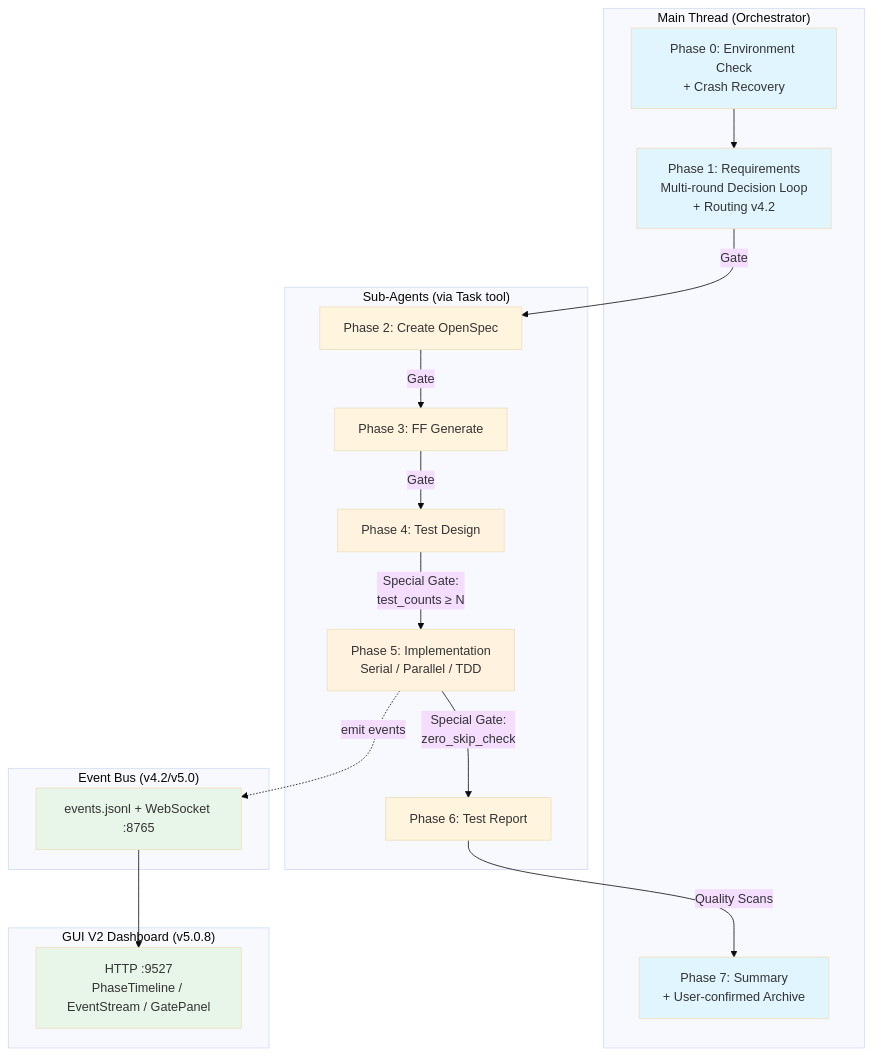
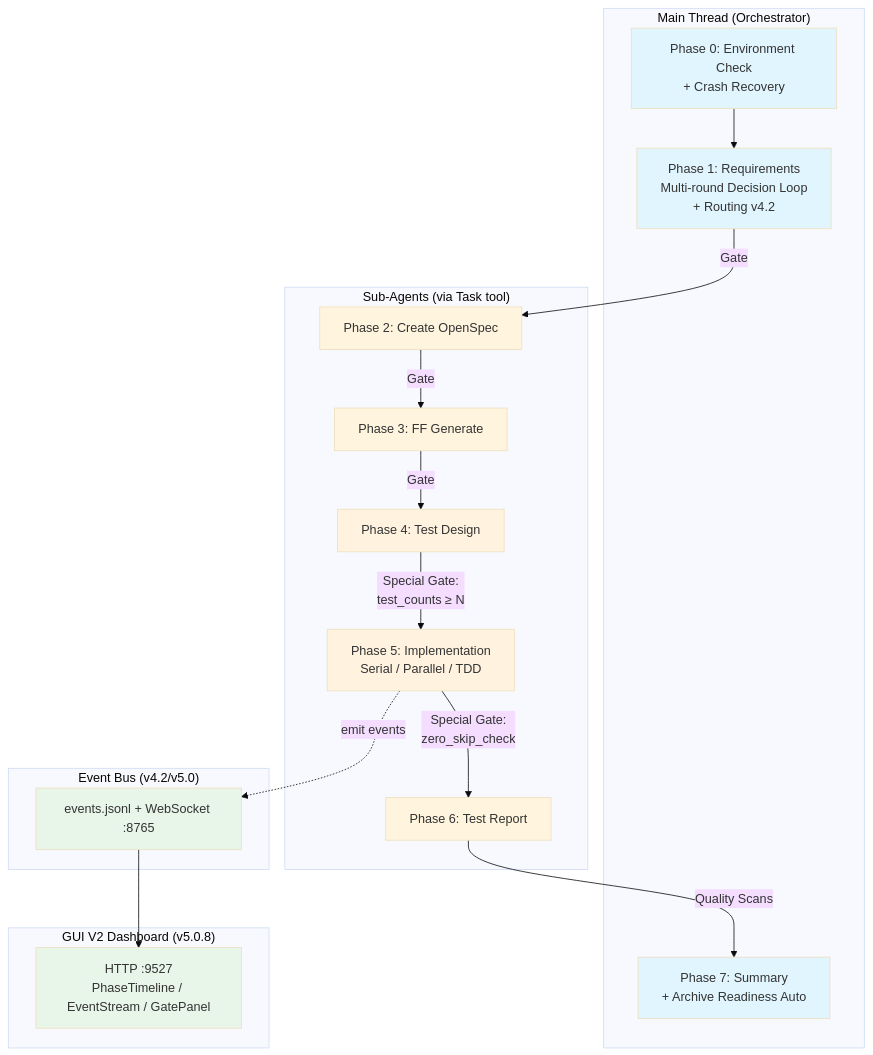
The first of 4 diagrams in plugins/spec-autopilot/README.md (lorainwings/claude-autopilot), drawn with Mermaid (base theme) before and after one commit. The commit also changed 11 other files, not shown here.

````diff
--- a/plugins/spec-autopilot/README.md
+++ b/plugins/spec-autopilot/README.md
@@ -35,42 +35,42 @@
 ```mermaid
 graph TB
     subgraph "Main Thread (Orchestrator)"
         P0[Phase 0: Environment Check<br/>+ Crash Recovery]
         P1[Phase 1: Requirements<br/>Multi-round Decision Loop<br/>+ Routing v4.2]
-        P7[Phase 7: Summary<br/>+ User-confirmed Archive]
+        P7[Phase 7: Summary<br/>+ Archive Readiness Auto]
     end
 
     subgraph "Sub-Agents (via Task tool)"
         P2[Phase 2: Create OpenSpec]
         P3[Phase 3: FF Generate]
         P4[Phase 4: Test Design]
         P5[Phase 5: Implementation<br/>Serial / Parallel / TDD]
         P6[Phase 6: Test Report]
     end
 
     subgraph "Event Bus (v4.2/v5.0)"
         EB[events.jsonl + WebSocket :8765]
     end
 
     subgraph "GUI V2 Dashboard (v5.0.8)"
         GUI[HTTP :9527<br/>PhaseTimeline / EventStream / GatePanel]
     end
 
     P0 --> P1
     P1 -->|Gate| P2
     P2 -->|Gate| P3
     P3 -->|Gate| P4
     P4 -->|Special Gate:<br/>test_counts ≥ N| P5
     P5 -->|Special Gate:<br/>zero_skip_check| P6
     P6 -->|Quality Scans| P7
     P5 -.->|emit events| EB
     EB --> GUI
 
     style P0 fill:#e1f5fe
     style P1 fill:#e1f5fe
     style P7 fill:#e1f5fe
     style P4 fill:#fff3e0
     style P5 fill:#fff3e0
     style EB fill:#e8f5e9
     style GUI fill:#e8f5e9
 ```
````
